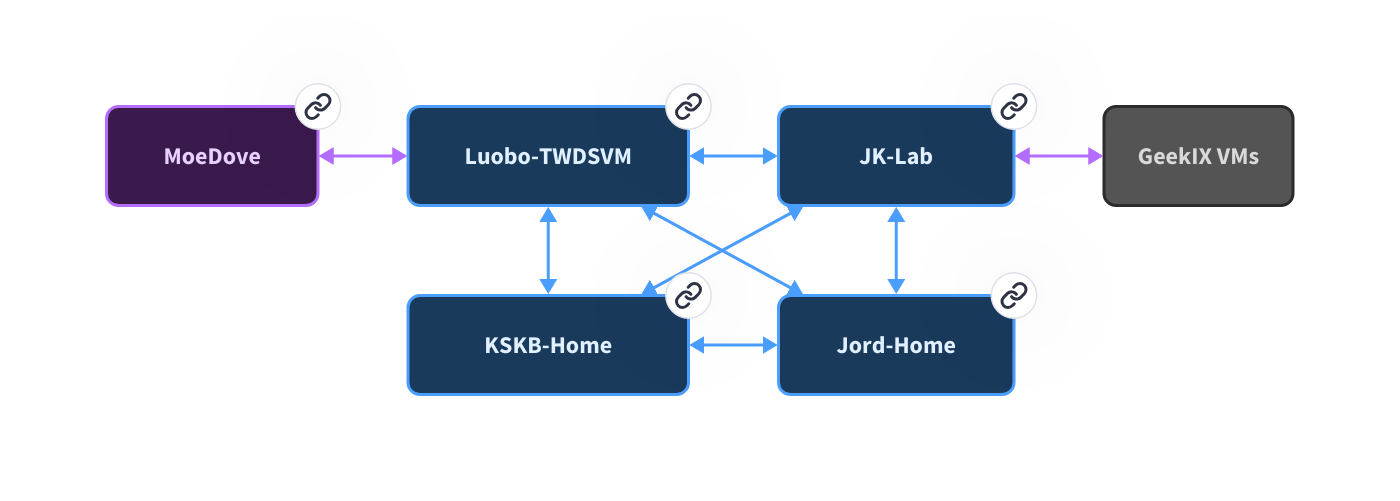
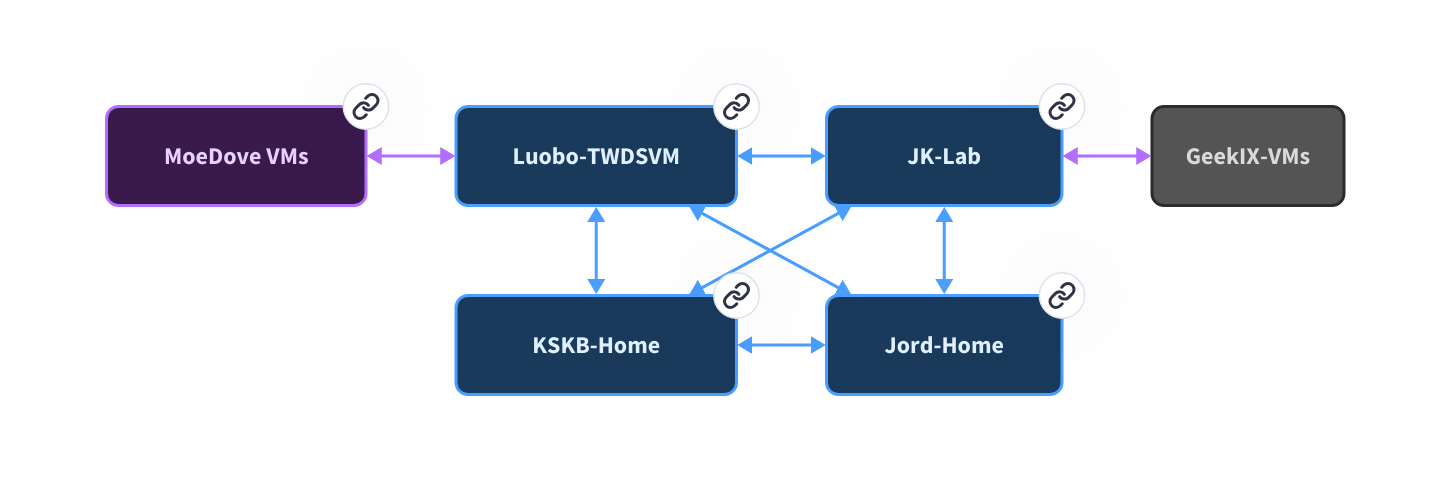
The diagram in docs/topology.d2 (PoemaIX/KSKB-IX), drawn with D2 before and after one commit. The commit also changed 8 other files, not shown here.

```diff
--- a/docs/topology.d2
+++ b/docs/topology.d2
@@ -1,144 +1,144 @@
 # IX Network Topology — 4col × 2row grid
 #
 #   MoeDove    Luobo-TWDSVM    JK-Lab    GeekIX
 #   (空)       Jord-Home       KSKB-Home (空)
 #
 # 渲染: d2 ix-network.d2 ix-network.svg
 
 
 
 grid: "" {
   grid-rows: 2
   grid-columns: 4
   grid-gap: 60
 
   style: {
     fill: transparent
     stroke: transparent
   }
 
   # ── Row 1: MoeDove | Luobo | JK-Lab | GeekIX ──
-  MoeDove: "MoeDove" {
+  MoeDove: "MoeDove VMs" {
     shape: rectangle
     style: {
       fill: "#3a1a4c"
       stroke: "#b46eff"
       font-color: "#e8d0ff"
       border-radius: 8
       font-size: 16
       bold: true
     }
     link: "#__tabbed_1_4"
   }
 
   Luobo-TWDSVM: "Luobo-TWDSVM" {
     shape: rectangle
     style: {
       fill: "#1a3a5c"
       stroke: "#4a9eff"
       font-color: "#e0f0ff"
       border-radius: 8
       font-size: 16
       bold: true
     }
     link: "#__tabbed_1_5"
   }
 
   JK-Lab: "JK-Lab" {
     shape: rectangle
     style: {
       fill: "#1a3a5c"
       stroke: "#4a9eff"
       font-color: "#e0f0ff"
       border-radius: 8
       font-size: 16
       bold: true
     }
     link: "#__tabbed_1_3"
   }
 
-  GeekIX: "GeekIX VMs" {
+  GeekIX: "GeekIX-VMs" {
     shape: rectangle
     style: {
       fill: "#545454"
       stroke: "#2b2b2b"
       font-color: "#d9d9d9"
       border-radius: 8
       font-size: 16
       bold: true
     }
   }
 
   # ── Row 2: (占位) | Jord-Home | KSKB-Home | (占位) ──
   _sl: "." {
     shape: rectangle
     style: {
       fill: transparent
       stroke: transparent
       font-color: transparent
       font-size: 8
     }
   }
   KSKB-Home: "KSKB-Home" {
     shape: rectangle
     style: {
       fill: "#1a3a5c"
       stroke: "#4a9eff"
       font-color: "#e0f0ff"
       border-radius: 8
       font-size: 16
       bold: true
     }
     link: "#__tabbed_1_1"
   }
   Jord-Home: "Jord-Home" {
     shape: rectangle
     style: {
       fill: "#1a3a5c"
       stroke: "#4a9eff"
       font-color: "#e0f0ff"
       border-radius: 8
       font-size: 16
       bold: true
     }
     link: "#__tabbed_1_2"
   }
 
   _sr: "." {
     shape: rectangle
     style: {
       fill: transparent
       stroke: transparent
       font-color: transparent
       font-size: 8
     }
   }
 
   # ── Full Mesh (6 links) ──
   Luobo-TWDSVM <-> JK-Lab: {
     style: {stroke: "#4a9eff"; stroke-width: 2}
   }
   Luobo-TWDSVM <-> Jord-Home: {
     style: {stroke: "#4a9eff"; stroke-width: 2}
   }
   Luobo-TWDSVM <-> KSKB-Home: {
     style: {stroke: "#4a9eff"; stroke-width: 2}
   }
   JK-Lab <-> Jord-Home: {
     style: {stroke: "#4a9eff"; stroke-width: 2}
   }
   JK-Lab <-> KSKB-Home: {
     style: {stroke: "#4a9eff"; stroke-width: 2}
   }
   Jord-Home <-> KSKB-Home: {
     style: {stroke: "#4a9eff"; stroke-width: 2}
   }
 
-  # ── Leaf Connections (虛線) ──
+  # ── Leaf Connections ──
   MoeDove <-> Luobo-TWDSVM: {
     style: {stroke: "#b46eff"; stroke-width: 2;}
   }
   GeekIX <-> JK-Lab: {
     style: {stroke: "#b46eff"; stroke-width: 2;}
   }
 }
```
